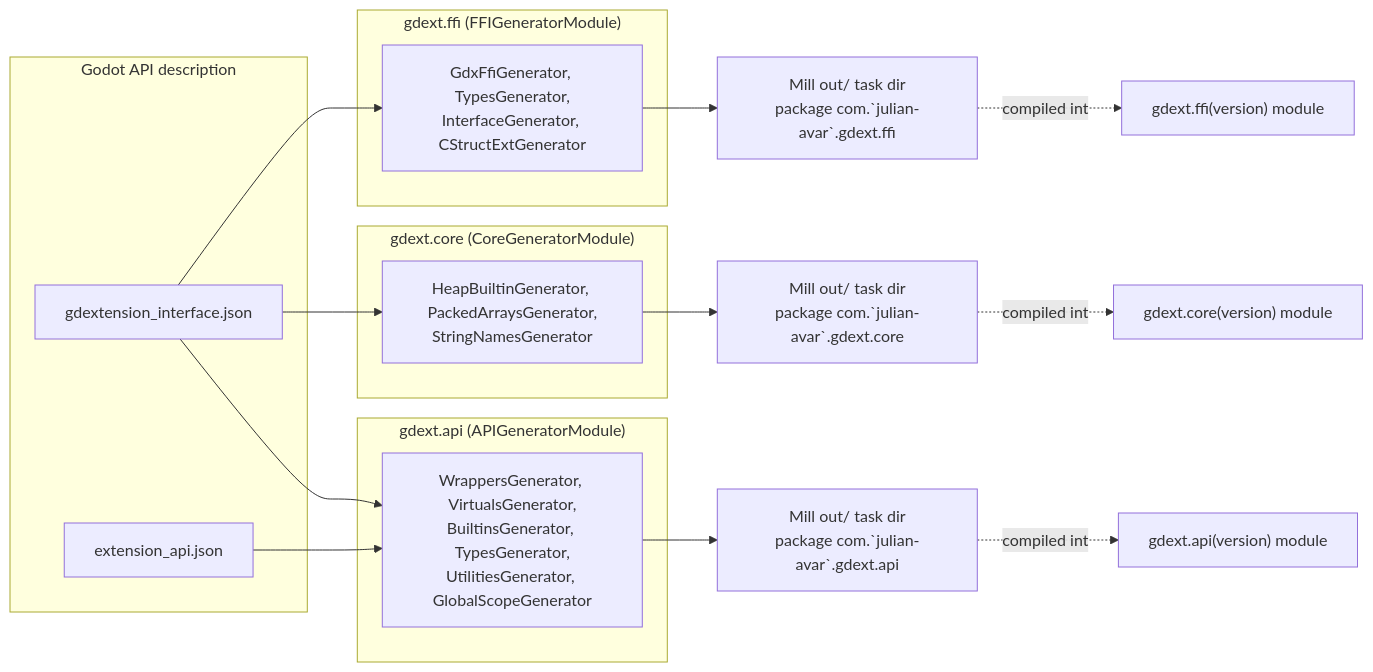
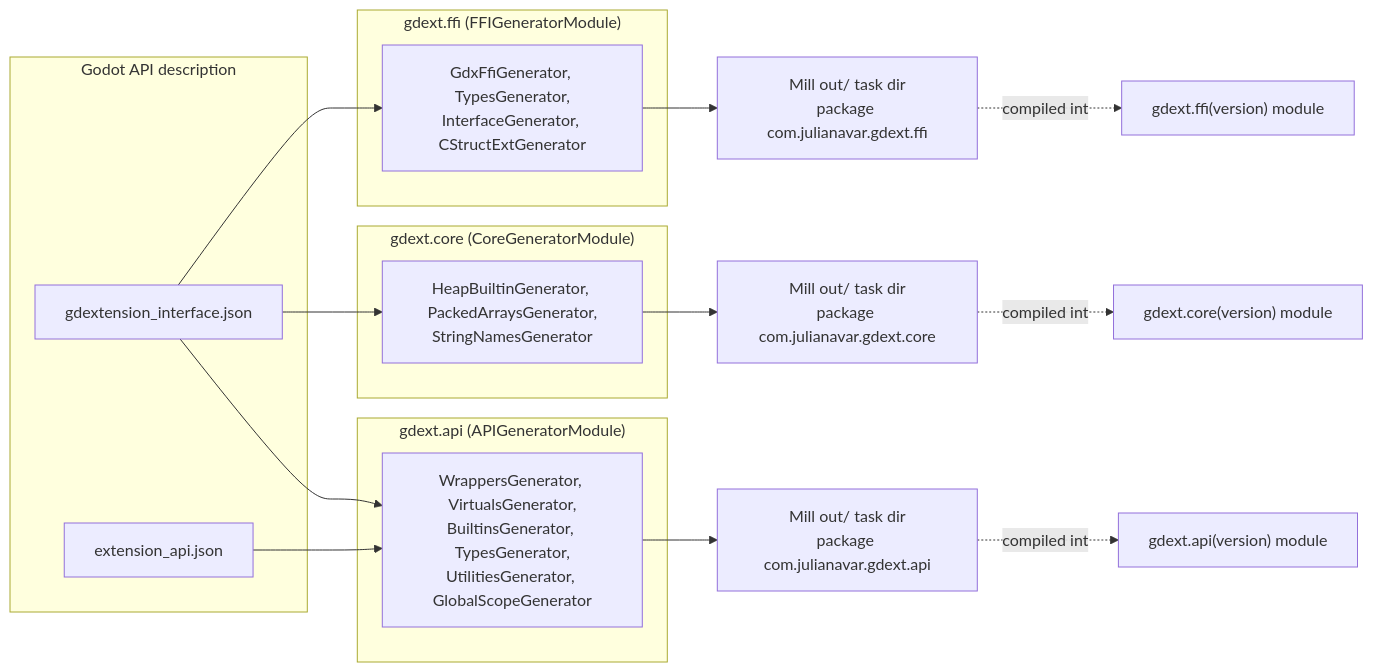
The first of 2 diagrams in docs/00-architecture-overview.md (julian-avar/gdext-sc-native), drawn with Mermaid before and after one commit. The commit also changed other lines of this file and 169 other files, not shown here.

First line of the commit message:
refactor: rename package namespace julian-avar to julianavar

````diff
--- a/docs/00-architecture-overview.md
+++ b/docs/00-architecture-overview.md
@@ -43,28 +43,28 @@
 ```mermaid
 flowchart LR
     subgraph "Godot API description"
         IFACE["gdextension_interface.json"]
         APIJSON["extension_api.json"]
     end
 
     subgraph "gdext.ffi (FFIGeneratorModule)"
         FFIGEN["GdxFfiGenerator, TypesGenerator,\nInterfaceGenerator, CStructExtGenerator"]
     end
 
     subgraph "gdext.core (CoreGeneratorModule)"
         COREGEN["HeapBuiltinGenerator, PackedArraysGenerator,\nStringNamesGenerator"]
     end
 
     subgraph "gdext.api (APIGeneratorModule)"
         APIGEN["WrappersGenerator, VirtualsGenerator,\nBuiltinsGenerator, TypesGenerator,\nUtilitiesGenerator, GlobalScopeGenerator"]
     end
 
-    IFACE --> FFIGEN --> FFIOUT["Mill out/ task dir\npackage com.`julian-avar`.gdext.ffi"]
-    IFACE --> COREGEN --> COREOUT["Mill out/ task dir\npackage com.`julian-avar`.gdext.core"]
+    IFACE --> FFIGEN --> FFIOUT["Mill out/ task dir\npackage com.julianavar.gdext.ffi"]
+    IFACE --> COREGEN --> COREOUT["Mill out/ task dir\npackage com.julianavar.gdext.core"]
     IFACE --> APIGEN
-    APIJSON --> APIGEN --> APIOUT["Mill out/ task dir\npackage com.`julian-avar`.gdext.api"]
+    APIJSON --> APIGEN --> APIOUT["Mill out/ task dir\npackage com.julianavar.gdext.api"]
 
     FFIOUT -.compiled into.-> FFIMOD["gdext.ffi(version) module"]
     COREOUT -.compiled into.-> COREMOD["gdext.core(version) module"]
     APIOUT -.compiled into.-> APIMOD["gdext.api(version) module"]
 ```
````
